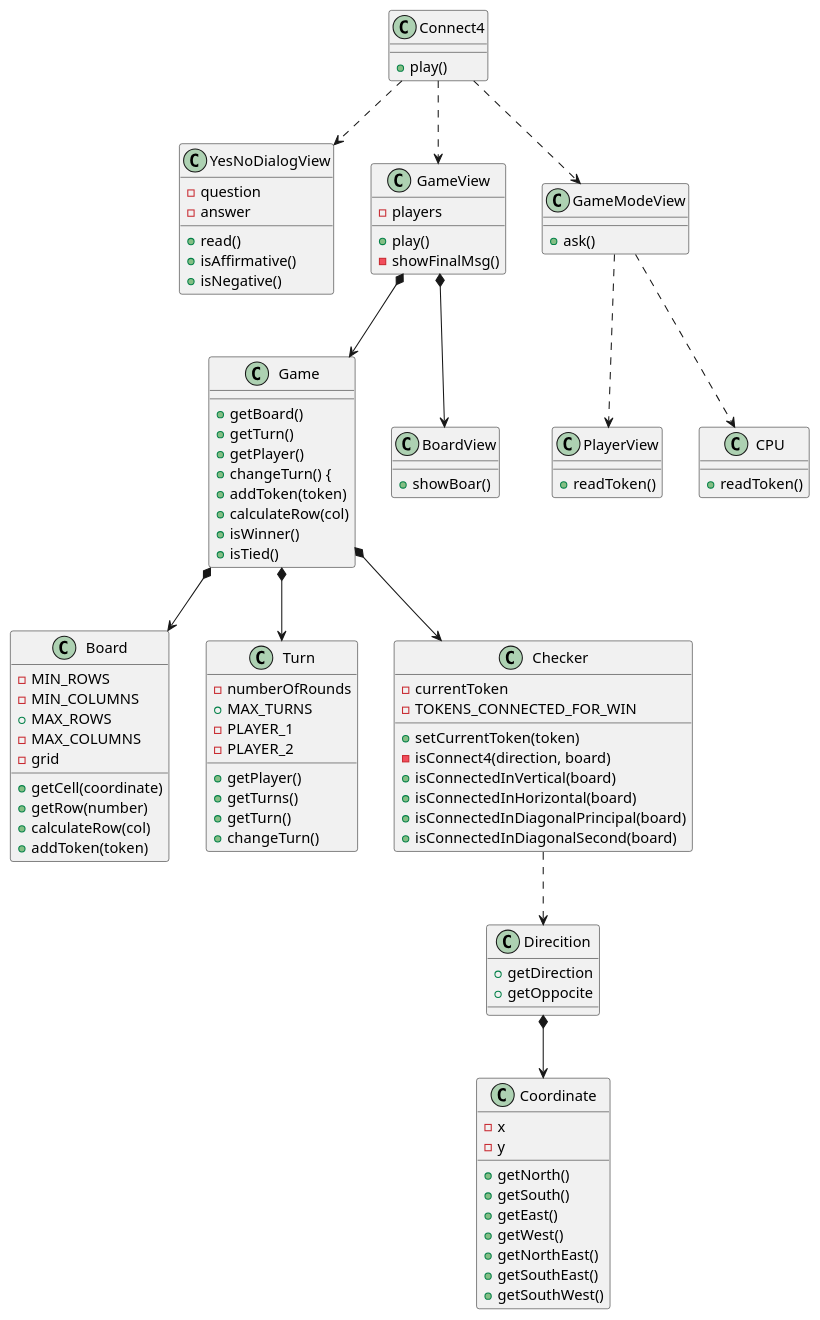
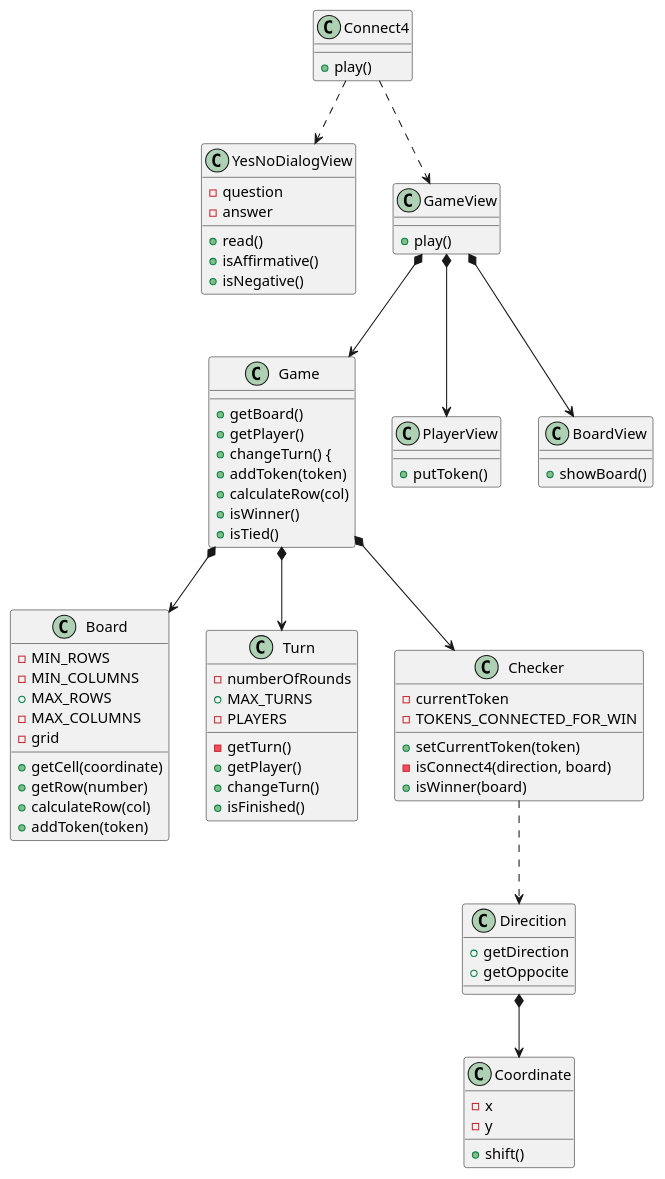
One commit to USantaTecla-ed-mpds/lab-dijkstra changed the diagram in tech-js-basada-objetos/Connect4withViewsV2/diagramClass.plantuml. Above: the diagram before and after it, drawn with PlantUML. The commit also changed 1 other file, not shown here.

```diff
--- a/tech-js-basada-objetos/Connect4withViewsV2/diagramClass.plantuml
+++ b/tech-js-basada-objetos/Connect4withViewsV2/diagramClass.plantuml
@@ -1,83 +1,65 @@
 @startuml
 Connect4 ..> YesNoDialogView
 Connect4 ..> GameView
-Connect4 ..> GameModeView
 Connect4 : + play()
-
-GameModeView ..> PlayerView
-GameModeView ..> CPU
-GameModeView : + ask()
 
 YesNoDialogView : - question
 YesNoDialogView : - answer
 YesNoDialogView : + read()
 YesNoDialogView : + isAffirmative()
 YesNoDialogView : + isNegative()
 
-CPU : + readToken()
-PlayerView : + readToken()
-
-GameView : - players
+GameView : + play()
 GameView *--> Game
-GameView : + play()
-GameView : - showFinalMsg()
+GameView *--> PlayerView
 GameView *--> BoardView
 
-BoardView : + showBoar()
+PlayerView : + putToken()
+
+BoardView : + showBoard()
 
 Game *--> Board
 Game *--> Turn
 Game *--> Checker
 Game : + getBoard()
-Game : + getTurn()
 Game : + getPlayer()
 Game : + changeTurn() {
 Game : + addToken(token)
 Game : + calculateRow(col)
 Game : + isWinner()
 Game : + isTied()
 
 Board : - MIN_ROWS
 Board : - MIN_COLUMNS
 Board : + MAX_ROWS
 Board : - MAX_COLUMNS
 Board : - grid    
 Board : + getCell(coordinate)
 Board : + getRow(number)
 Board : + calculateRow(col)
 Board : + addToken(token)
 
 Turn : - numberOfRounds
 Turn : + MAX_TURNS
-Turn : - PLAYER_1
-Turn : - PLAYER_2
+Turn : - PLAYERS
+Turn : - getTurn()
 Turn : + getPlayer()
-Turn : + getTurns()
-Turn : + getTurn()
 Turn : + changeTurn()
+Turn : + isFinished()
 
 Checker : - currentToken
 Checker : - TOKENS_CONNECTED_FOR_WIN
 Checker : + setCurrentToken(token)
 Checker : - isConnect4(direction, board)
-Checker : + isConnectedInVertical(board)
-Checker : + isConnectedInHorizontal(board)
-Checker : + isConnectedInDiagonalPrincipal(board)
-Checker : + isConnectedInDiagonalSecond(board)
+Checker : + isWinner(board)
 Checker ..> Direcition
 
 Direcition *--> Coordinate
 Direcition : + getDirection
 Direcition : + getOppocite
 
 Coordinate : - x
 Coordinate : - y
-Coordinate : + getNorth() 
-Coordinate : + getSouth() 
-Coordinate : + getEast() 
-Coordinate : + getWest() 
-Coordinate : + getNorthEast() 
-Coordinate : + getSouthEast() 
-Coordinate : + getSouthWest() 
+Coordinate : + shift()
 
 @enduml
```
